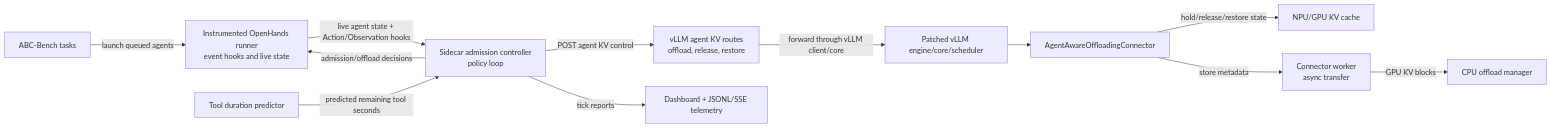
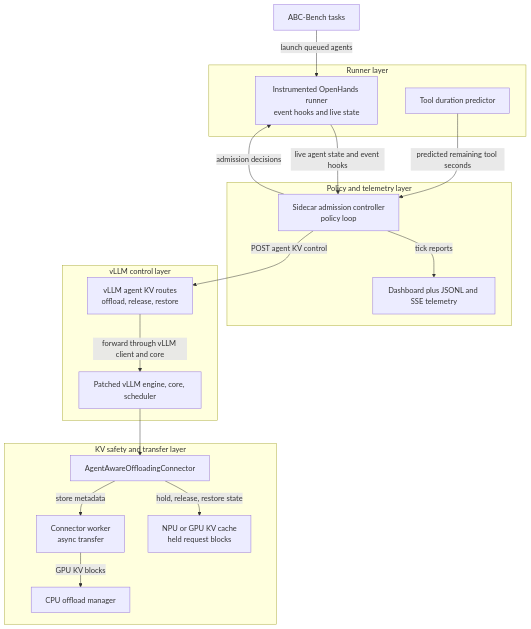
The first of 8 diagrams in docs/agent_kv_offload_architecture.md (javenjwzhao-coder/agent-concurrency), drawn with Mermaid before and after one commit.

Commit message:
Make architecture diagram vertical

````diff
--- a/docs/agent_kv_offload_architecture.md
+++ b/docs/agent_kv_offload_architecture.md
@@ -14,26 +14,38 @@
 ```mermaid
-flowchart LR
+flowchart TB
     tasks[ABC-Bench tasks]
-    runner[Instrumented OpenHands runner<br/>event hooks and live state]
-    sidecar[Sidecar admission controller<br/>policy loop]
-    api[vLLM agent KV routes<br/>offload, release, restore]
-    engine[Patched vLLM engine/core/scheduler]
-    conn[AgentAwareOffloadingConnector]
-    worker[Connector worker<br/>async transfer]
-    cpu[CPU offload manager]
-    gpu[NPU/GPU KV cache]
-    dash[Dashboard + JSONL/SSE telemetry]
-    pred[Tool duration predictor]
+
+    subgraph RunnerLayer[Runner layer]
+        runner[Instrumented OpenHands runner<br/>event hooks and live state]
+        pred[Tool duration predictor]
+    end
+
+    subgraph PolicyLayer[Policy and telemetry layer]
+        sidecar[Sidecar admission controller<br/>policy loop]
+        dash[Dashboard plus JSONL and SSE telemetry]
+    end
+
+    subgraph VllmLayer[vLLM control layer]
+        api[vLLM agent KV routes<br/>offload, release, restore]
+        engine[Patched vLLM engine, core, scheduler]
+    end
+
+    subgraph ConnectorLayer[KV safety and transfer layer]
+        conn[AgentAwareOffloadingConnector]
+        gpu[NPU or GPU KV cache<br/>held request blocks]
+        worker[Connector worker<br/>async transfer]
+        cpu[CPU offload manager]
+    end
 
     tasks -->|launch queued agents| runner
-    runner -->|live agent state + Action/Observation hooks| sidecar
+    runner -->|live agent state and event hooks| sidecar
     pred -->|predicted remaining tool seconds| sidecar
-    sidecar -->|admission/offload decisions| runner
+    sidecar -->|admission decisions| runner
+    sidecar -->|tick reports| dash
     sidecar -->|POST agent KV control| api
-    sidecar -->|tick reports| dash
-    api -->|forward through vLLM client/core| engine
+    api -->|forward through vLLM client and core| engine
     engine --> conn
-    conn -->|hold/release/restore state| gpu
+    conn -->|hold, release, restore state| gpu
     conn -->|store metadata| worker
     worker -->|GPU KV blocks| cpu
 ```
````
